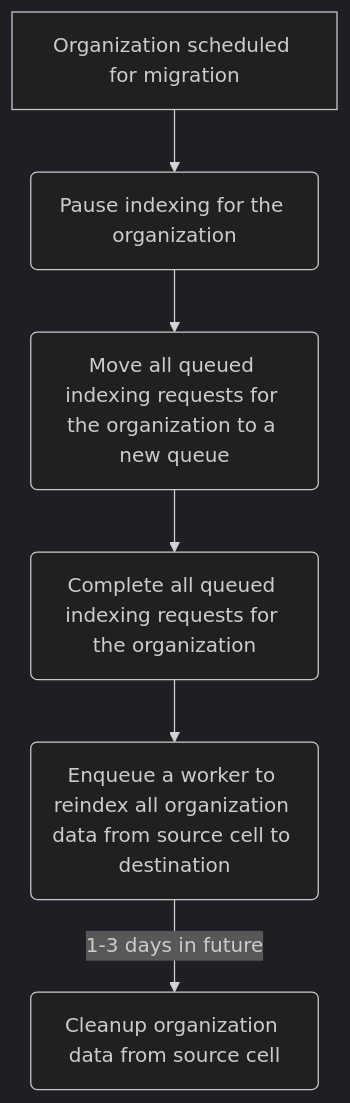
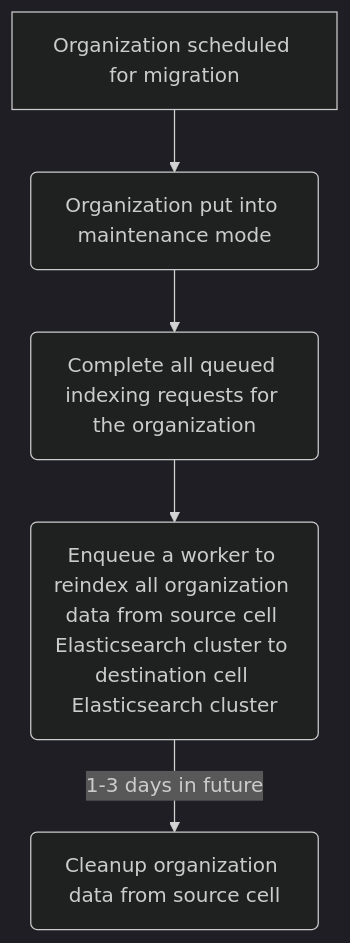
Before and after one commit to moliver28/research-handbook: the third of 3 diagrams in content/handbook/engineering/architecture/design-documents/cells/impacted_features/advanced-search.md, drawn with Mermaid (dark theme). The commit also changed other lines of this file, not shown here.

````diff
--- a/content/handbook/engineering/architecture/design-documents/cells/impacted_features/advanced-search.md
+++ b/content/handbook/engineering/architecture/design-documents/cells/impacted_features/advanced-search.md
@@ -112,9 +116,8 @@
 ```mermaid
 flowchart TD
     A[Organization scheduled for migration] -->B
-    B(Pause indexing for the organization) -->C
-    C(Move all queued indexing requests for the organization to a new queue) -->D
-    D(Complete all queued indexing requests for the organization) -->E
-    E(Enqueue a worker to reindex all organization data from source cell to destination) -->|1-3 days in future|F
-    F(Cleanup organization data from source cell)
+    B(Organization put into maintenance mode) -->C
+    C(Complete all queued indexing requests for the organization) -->D
+    D(Enqueue a worker to reindex all organization data from source cell Elasticsearch cluster to destination cell Elasticsearch cluster) -->|1-3 days in future|E
+    E(Cleanup organization data from source cell)
 ```
````
